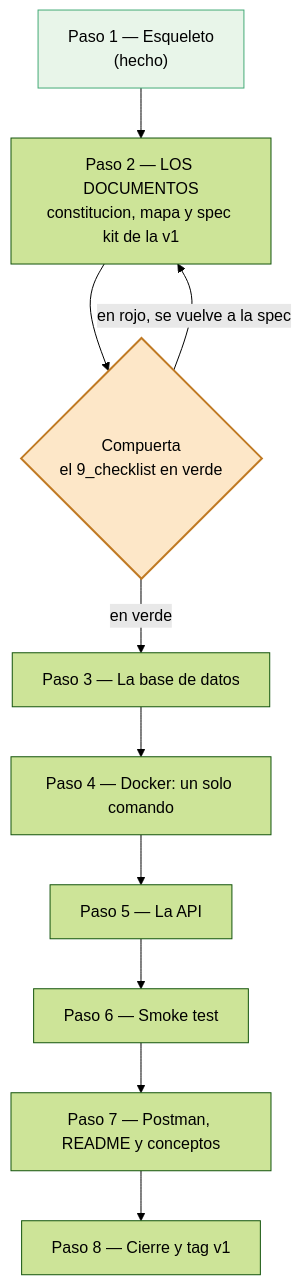
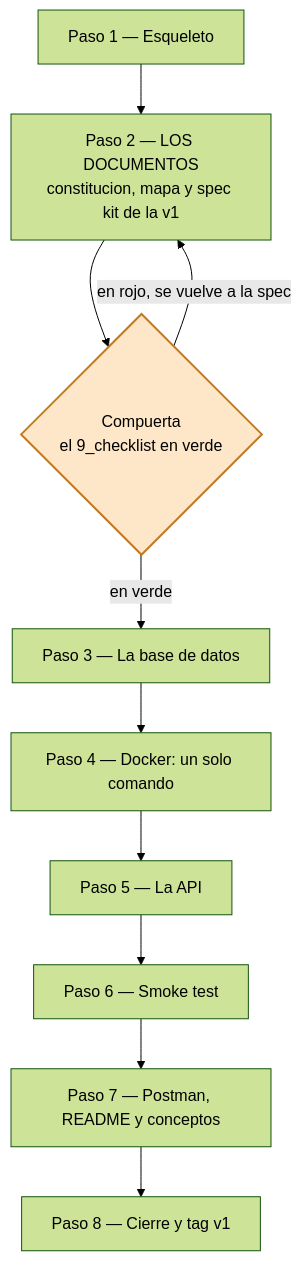
One commit to ccastro2050/proyecto_investigacion1 changed the fourth of 6 diagrams in PLAN_V1.md. Above: the diagram before and after it, drawn with Mermaid (forest theme). The commit also changed other lines of this file, not shown here.

````diff
--- a/PLAN_V1.md
+++ b/PLAN_V1.md
@@ -203,16 +203,14 @@
 ```mermaid
 flowchart TD
-    P1["Paso 1 — Esqueleto<br/>(hecho)"] --> P2["Paso 2 — LOS DOCUMENTOS<br/>constitucion, mapa y spec kit de la v1"]
+    P1["Paso 1 — Esqueleto"] --> P2["Paso 2 — LOS DOCUMENTOS<br/>constitucion, mapa y spec kit de la v1"]
     P2 --> G{"Compuerta<br/>el 9_checklist en verde"}
     G -->|"en rojo, se vuelve a la spec"| P2
     G -->|"en verde"| P3["Paso 3 — La base de datos"]
     P3 --> P4["Paso 4 — Docker: un solo comando"]
     P4 --> P5["Paso 5 — La API"]
     P5 --> P6["Paso 6 — Smoke test"]
     P6 --> P7["Paso 7 — Postman, README y conceptos"]
     P7 --> P8["Paso 8 — Cierre y tag v1"]
     classDef compuerta fill:#fde7c8,stroke:#c07a24,stroke-width:2px
-    classDef hecho fill:#e8f5e9,stroke:#4a7
     class G compuerta
-    class P1 hecho
 ```
````
